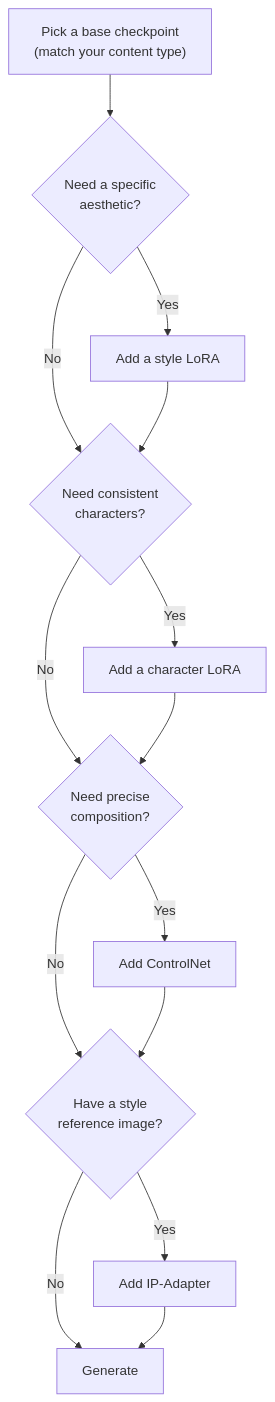
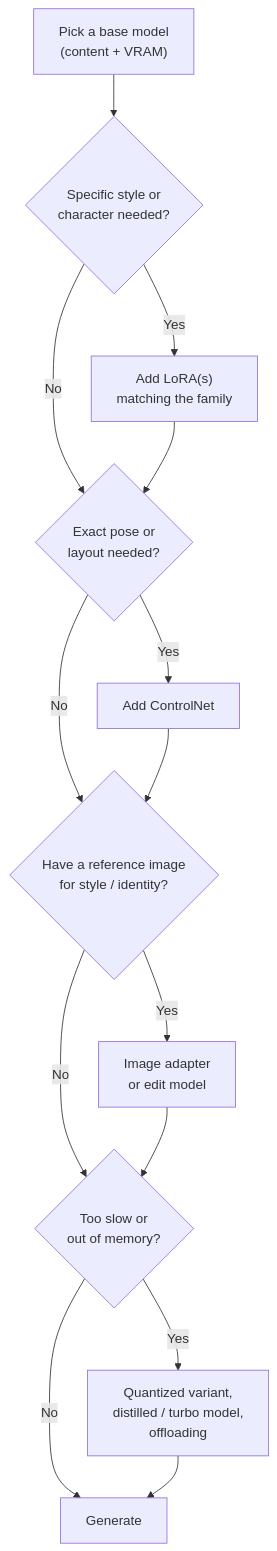
Before and after one commit to AndrewAltimit/Documentation: the second of 2 diagrams in github-pages/docs/ai-ml/model-types.md, drawn with Mermaid. The commit also changed other lines of this file and 240 other files, not shown here.

````diff
--- a/github-pages/docs/ai-ml/model-types.md
+++ b/github-pages/docs/ai-ml/model-types.md
@@ -390,16 +303,16 @@
 ```mermaid
 flowchart TD
-    Start["Pick a base checkpoint<br/>(match your content type)"] --> Q1{Need a specific<br/>aesthetic?}
-    Q1 -->|Yes| LoRA["Add a style LoRA"]
+    Start["Pick a base model<br/>(content + VRAM)"] --> Q1{"Specific style or<br/>character needed?"}
+    Q1 -->|Yes| LoRA["Add LoRA(s)<br/>matching the family"]
     Q1 -->|No| Q2
-    LoRA --> Q2{Need consistent<br/>characters?}
-    Q2 -->|Yes| Char["Add a character LoRA"]
+    LoRA --> Q2{"Exact pose or<br/>layout needed?"}
+    Q2 -->|Yes| CN["Add ControlNet"]
     Q2 -->|No| Q3
-    Char --> Q3{Need precise<br/>composition?}
-    Q3 -->|Yes| CN["Add ControlNet"]
+    CN --> Q3{"Have a reference image<br/>for style / identity?"}
+    Q3 -->|Yes| IP["Image adapter<br/>or edit model"]
     Q3 -->|No| Q4
-    CN --> Q4{Have a style<br/>reference image?}
-    Q4 -->|Yes| IP["Add IP-Adapter"]
-    Q4 -->|No| Done["Generate"]
-    IP --> Done
+    IP --> Q4{"Too slow or<br/>out of memory?"}
+    Q4 -->|Yes| Opt["Quantized variant,<br/>distilled / turbo model,<br/>offloading"]
+    Q4 -->|No| Gen["Generate"]
+    Opt --> Gen
 ```
````
